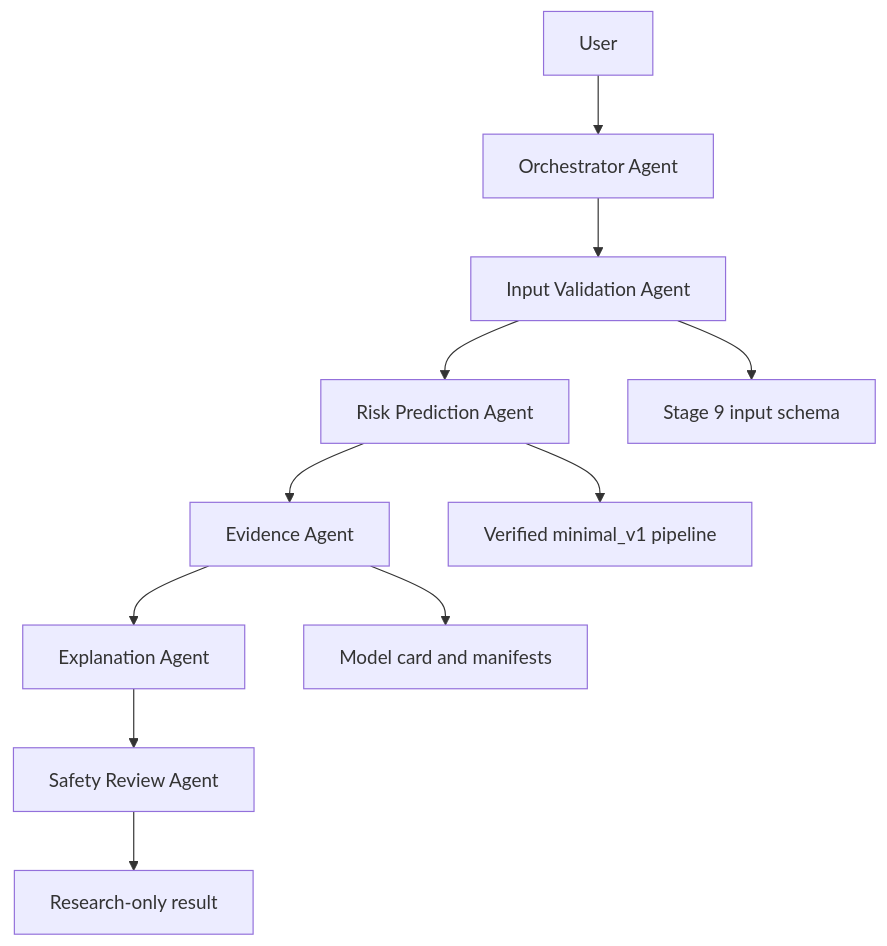
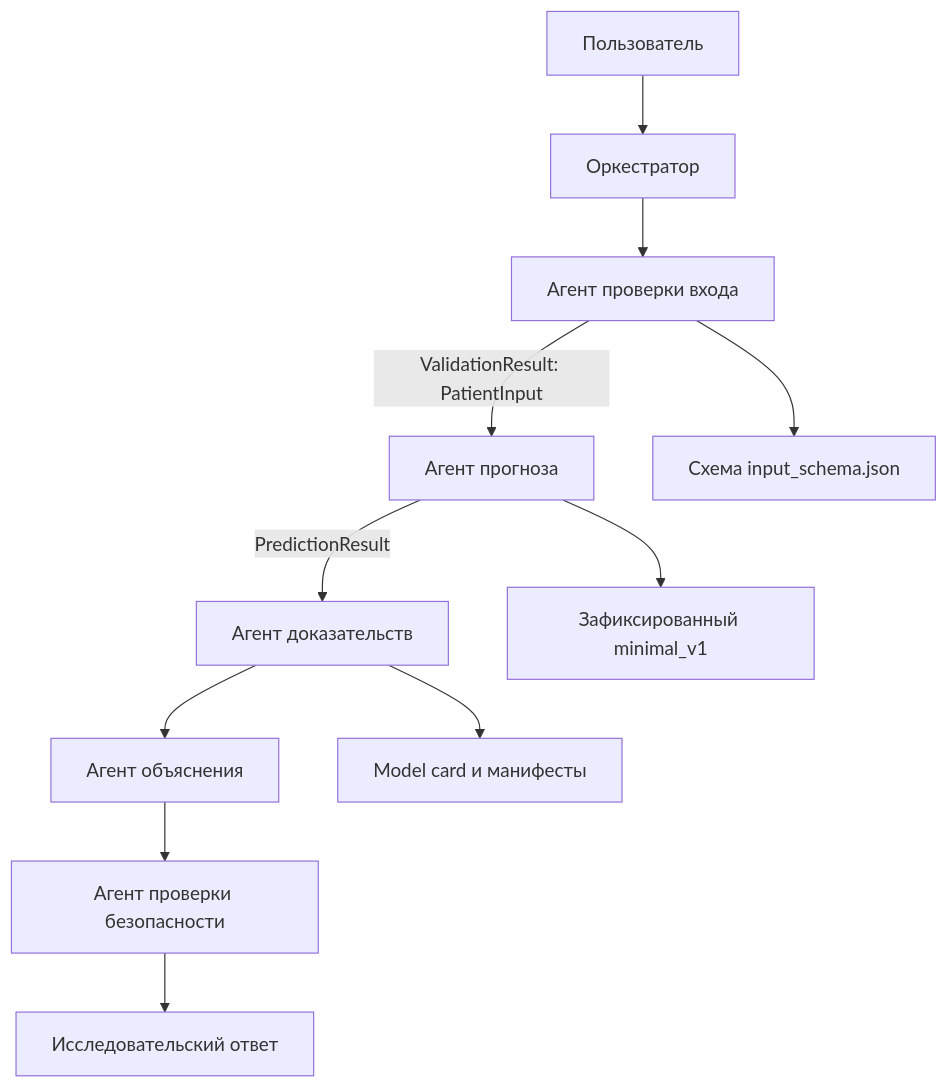
Before and after one commit to Qydnama/cvd-risk-model: the diagram in multi_agent/ARCHITECTURE.md, drawn with Mermaid. The commit also changed other lines of this file and 15 other files, not shown here.

````diff
--- a/multi_agent/ARCHITECTURE.md
+++ b/multi_agent/ARCHITECTURE.md
@@ -3,13 +7,13 @@
 ```mermaid
 flowchart TD
-    U[User] --> O[Orchestrator Agent]
-    O --> I[Input Validation Agent]
-    I --> P[Risk Prediction Agent]
-    P --> E[Evidence Agent]
-    E --> X[Explanation Agent]
-    X --> S[Safety Review Agent]
-    S --> R[Research-only result]
-    I --> IS[Stage 9 input schema]
-    P --> M[Verified minimal_v1 pipeline]
-    E --> MC[Model card and manifests]
+    U[Пользователь] --> O[Оркестратор]
+    O --> I[Агент проверки входа]
+    I -->|ValidationResult: PatientInput| P[Агент прогноза]
+    P -->|PredictionResult| E[Агент доказательств]
+    E --> X[Агент объяснения]
+    X --> S[Агент проверки безопасности]
+    S --> R[Исследовательский ответ]
+    I --> SC[Схема input_schema.json]
+    P --> ML[Зафиксированный minimal_v1]
+    E --> MC[Model card и манифесты]
 ```
````
